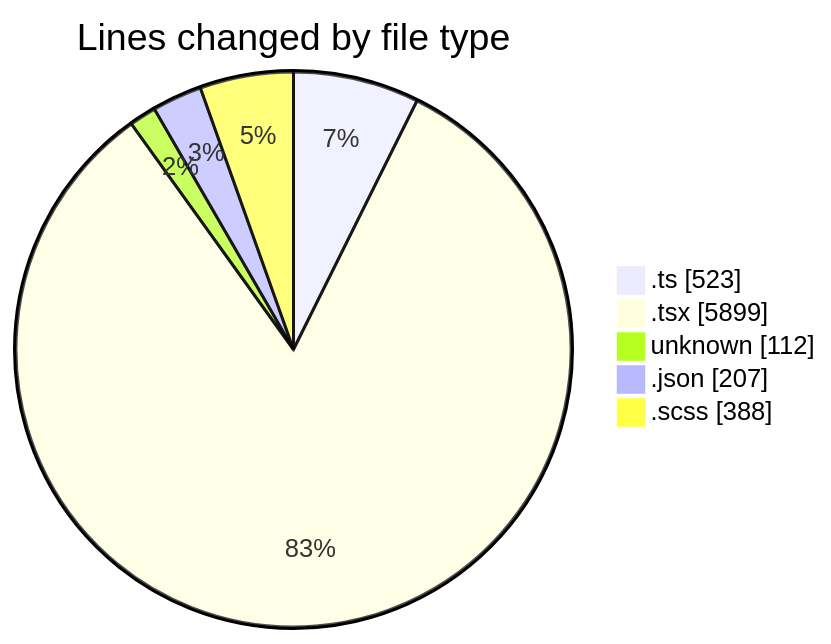
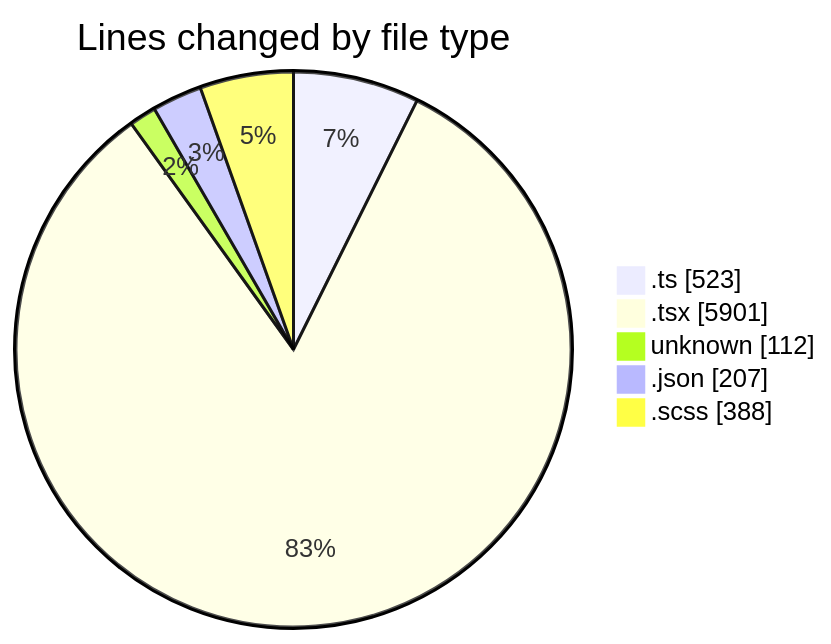
Before and after one commit to momahboobian/code-tracking: the first of 2 diagrams in 2026-04-29/cda/README.md, drawn with Mermaid. The commit also changed other lines of this file and 1 other file, not shown here.

````diff
--- a/2026-04-29/cda/README.md
+++ b/2026-04-29/cda/README.md
@@ -53,9 +53,9 @@
 ```mermaid
 pie showData
 title Lines changed by file type
 ".ts" : 523
-".tsx" : 5899
+".tsx" : 5901
 "unknown" : 112
 ".json" : 207
 ".scss" : 388
 ```
````
